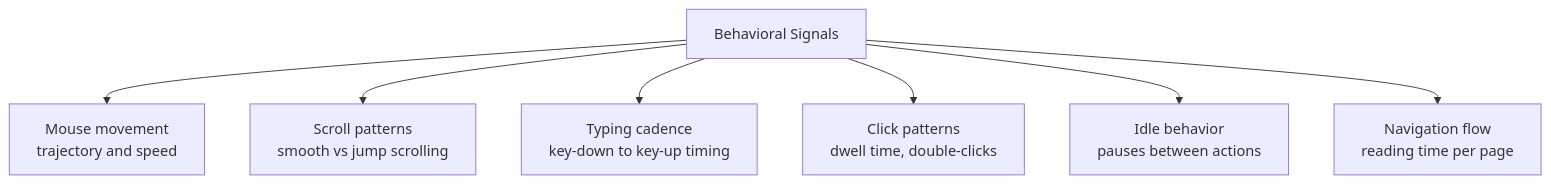
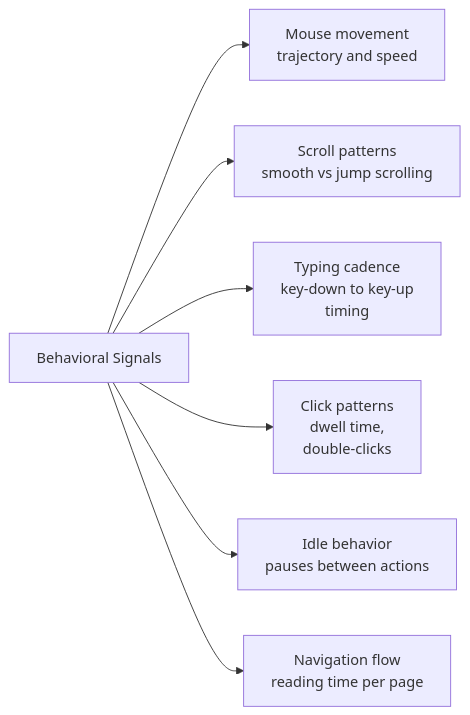
The fourth of 5 diagrams in _posts/2026-02-26-browser-automation-human-like-mouse-movement.md (bytetunnels/bytetunnels.github.com), drawn with Mermaid before and after one commit. The commit also changed other lines of this file and 118 other files, not shown here.

Commit message:
feat: improve diagram styling and compact wide flowcharts

````diff
--- a/_posts/2026-02-26-browser-automation-human-like-mouse-movement.md
+++ b/_posts/2026-02-26-browser-automation-human-like-mouse-movement.md
@@ -586,9 +586,9 @@
 ```mermaid
-graph TD
-    A["Behavioral Signals"] --> B["Mouse movement<br>trajectory and speed"]
-    A --> C["Scroll patterns<br>smooth vs jump scrolling"]
-    A --> D["Typing cadence<br>key-down to key-up timing"]
-    A --> E["Click patterns<br>dwell time, double-clicks"]
-    A --> F["Idle behavior<br>pauses between actions"]
-    A --> G["Navigation flow<br>reading time per page"]
+graph LR
+    A["Behavioral Signals"] --> B["Mouse movement<br/>trajectory and speed"]
+    A --> C["Scroll patterns<br/>smooth vs jump scrolling"]
+    A --> D["Typing cadence<br/>key-down to key-up<br/>timing"]
+    A --> E["Click patterns<br/>dwell time,<br/>double-clicks"]
+    A --> F["Idle behavior<br/>pauses between actions"]
+    A --> G["Navigation flow<br/>reading time per page"]
 ```
````
